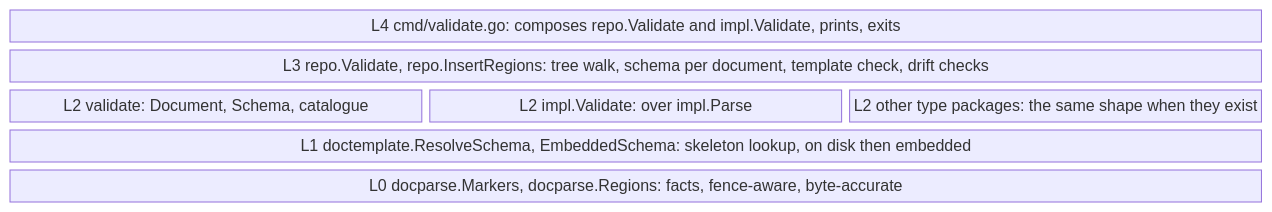
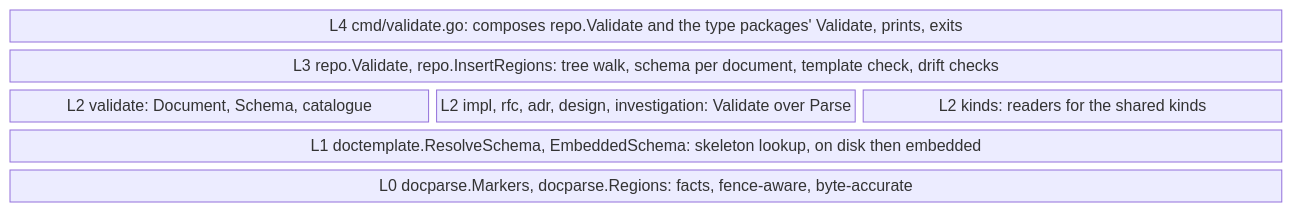
Before and after one commit to donaldgifford/docz: the fifth of 6 diagrams in docs/design/0015-structured-regions-and-docz-validate.md, drawn with Mermaid. The commit also changed other lines of this file and 3 other files, not shown here.

First line of the commit message:
docs: every built-in is a structured type — five type packages, kinds, forty-one-kind catalogue

````diff
--- a/docs/design/0015-structured-regions-and-docz-validate.md
+++ b/docs/design/0015-structured-regions-and-docz-validate.md
@@ -588,11 +674,11 @@
 ```mermaid
 block-beta
   columns 3
-  L4["L4 cmd/validate.go: composes repo.Validate and impl.Validate, prints, exits"]:3
+  L4["L4 cmd/validate.go: composes repo.Validate and the type packages' Validate, prints, exits"]:3
   L3["L3 repo.Validate, repo.InsertRegions: tree walk, schema per document, template check, drift checks"]:3
   L2a["L2 validate: Document, Schema, catalogue"]
-  L2b["L2 impl.Validate: over impl.Parse"]
-  L2c["L2 other type packages: the same shape when they exist"]
+  L2b["L2 impl, rfc, adr, design, investigation: Validate over Parse"]
+  L2c["L2 kinds: readers for the shared kinds"]
   L1["L1 doctemplate.ResolveSchema, EmbeddedSchema: skeleton lookup, on disk then embedded"]:3
   L0["L0 docparse.Markers, docparse.Regions: facts, fence-aware, byte-accurate"]:3
 ```
````
